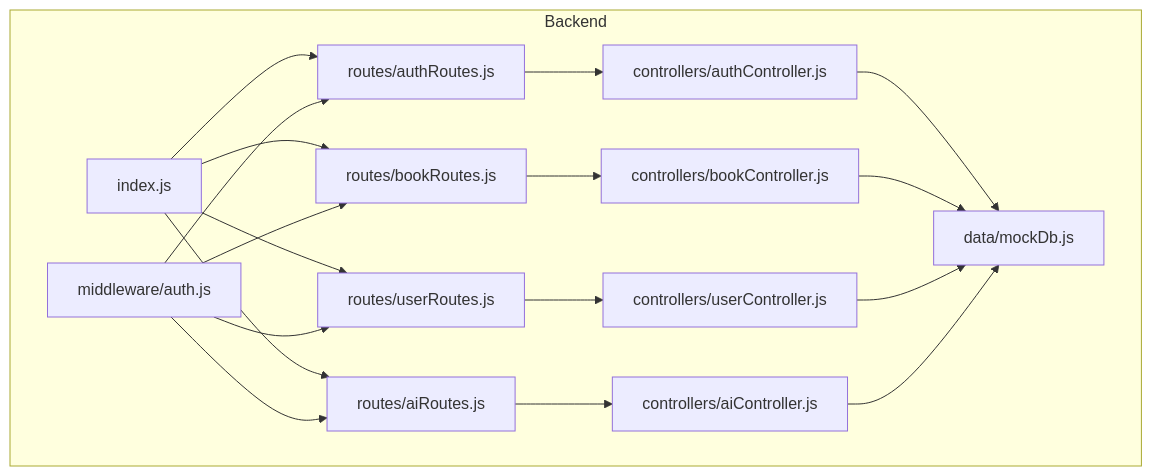
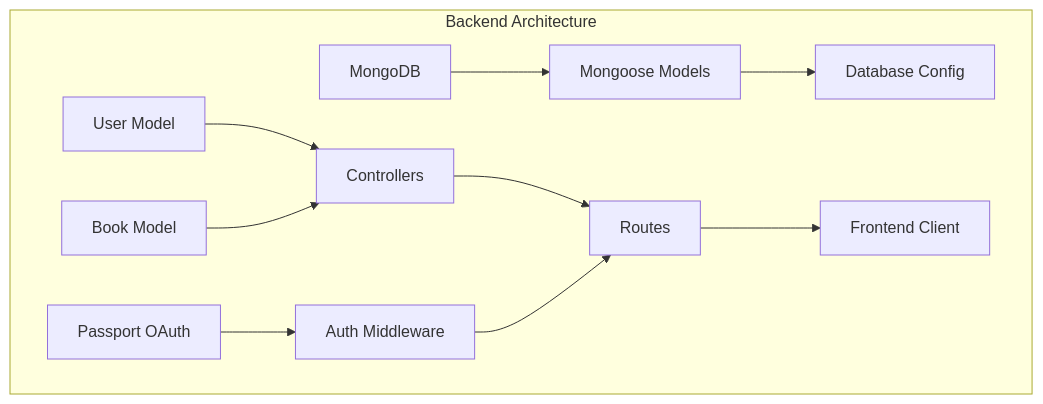
The first of 4 diagrams in .qoder/repowiki/en/content/Data Models and Database Schema/Data Models and Database Schema.md (ganesh-NB/readsphere), drawn with Mermaid before and after one commit. The commit also changed other lines of this file and 46 other files, not shown here.

````diff
--- a/.qoder/repowiki/en/content/Data Models and Database Schema/Data Models and Database Schema.md
+++ b/.qoder/repowiki/en/content/Data Models and Database Schema/Data Models and Database Schema.md
@@ -41,32 +52,23 @@
 ```mermaid
 graph TB
-subgraph "Backend"
-IDX["index.js"]
-AUTHMW["middleware/auth.js"]
-DATA["data/mockDb.js"]
-ROUTE_AUTH["routes/authRoutes.js"]
-ROUTE_BOOK["routes/bookRoutes.js"]
-ROUTE_USER["routes/userRoutes.js"]
-ROUTE_AI["routes/aiRoutes.js"]
-CTRL_AUTH["controllers/authController.js"]
-CTRL_BOOK["controllers/bookController.js"]
-CTRL_USER["controllers/userController.js"]
-CTRL_AI["controllers/aiController.js"]
+subgraph "Backend Architecture"
+DB["MongoDB"]
+MONGO["Mongoose Models"]
+CONFIG["Database Config"]
+PASSPORT["Passport OAuth"]
+AUTHMW["Auth Middleware"]
+USERMODEL["User Model"]
+BOOKMODEL["Book Model"]
+CONTROLLERS["Controllers"]
+ROUTES["Routes"]
+FRONTEND["Frontend Client"]
 end
-IDX --> ROUTE_AUTH
-IDX --> ROUTE_BOOK
-IDX --> ROUTE_USER
-IDX --> ROUTE_AI
-ROUTE_AUTH --> CTRL_AUTH
-ROUTE_BOOK --> CTRL_BOOK
-ROUTE_USER --> CTRL_USER
-ROUTE_AI --> CTRL_AI
-CTRL_AUTH --> DATA
-CTRL_BOOK --> DATA
-CTRL_USER --> DATA
-CTRL_AI --> DATA
-AUTHMW --> ROUTE_AUTH
-AUTHMW --> ROUTE_BOOK
-AUTHMW --> ROUTE_USER
-AUTHMW --> ROUTE_AI
+DB --> MONGO
+MONGO --> CONFIG
+PASSPORT --> AUTHMW
+USERMODEL --> CONTROLLERS
+BOOKMODEL --> CONTROLLERS
+CONTROLLERS --> ROUTES
+AUTHMW --> ROUTES
+ROUTES --> FRONTEND
 ```
````
